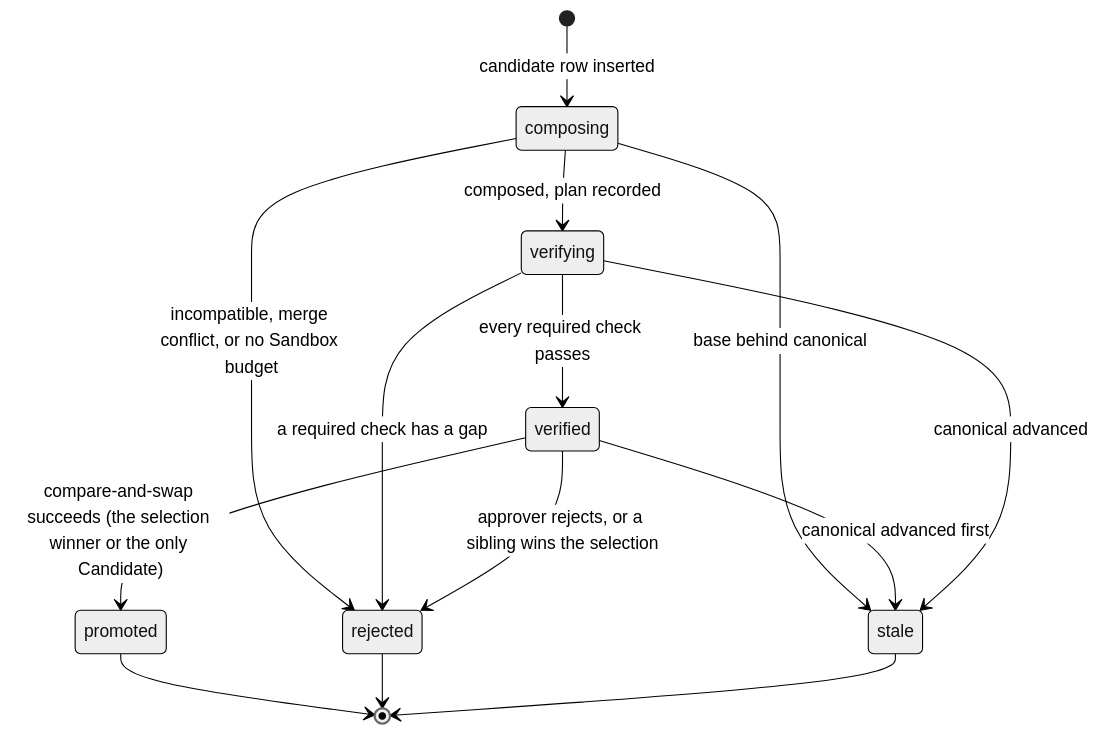
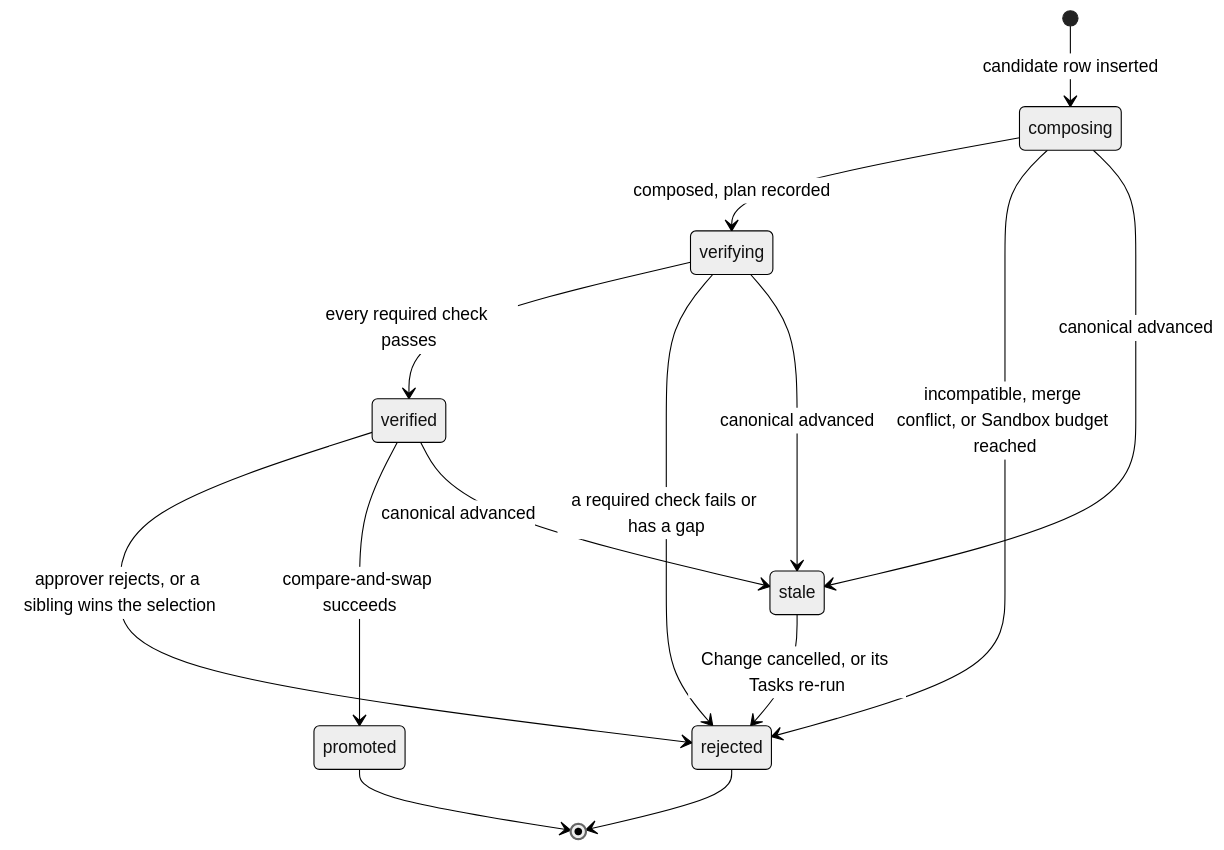
The sixth of 7 diagrams in docs/architecture/change-lifecycle.md (nsudhanva/rhumbatron), drawn with Mermaid (neutral theme) before and after one commit. The commit also changed other lines of this file and 47 other files, not shown here.

````diff
--- a/docs/architecture/change-lifecycle.md
+++ b/docs/architecture/change-lifecycle.md
@@ -259,16 +269,16 @@
 ```mermaid
 stateDiagram-v2
   [*] --> composing: candidate row inserted
   composing --> verifying: composed, plan recorded
-  composing --> rejected: incompatible, merge conflict, or no Sandbox budget
-  composing --> stale: base behind canonical
+  composing --> rejected: incompatible, merge conflict, or Sandbox budget reached
   verifying --> verified: every required check passes
-  verifying --> rejected: a required check has a gap
+  verifying --> rejected: a required check fails or has a gap
   verified --> rejected: approver rejects, or a sibling wins the selection
-  verified --> promoted: compare-and-swap succeeds (the selection winner or the only Candidate)
-  verified --> stale: canonical advanced first
+  verified --> promoted: compare-and-swap succeeds
+  composing --> stale: canonical advanced
   verifying --> stale: canonical advanced
+  verified --> stale: canonical advanced
+  stale --> rejected: Change cancelled, or its Tasks re-run
   promoted --> [*]
   rejected --> [*]
-  stale --> [*]
 ```
````
